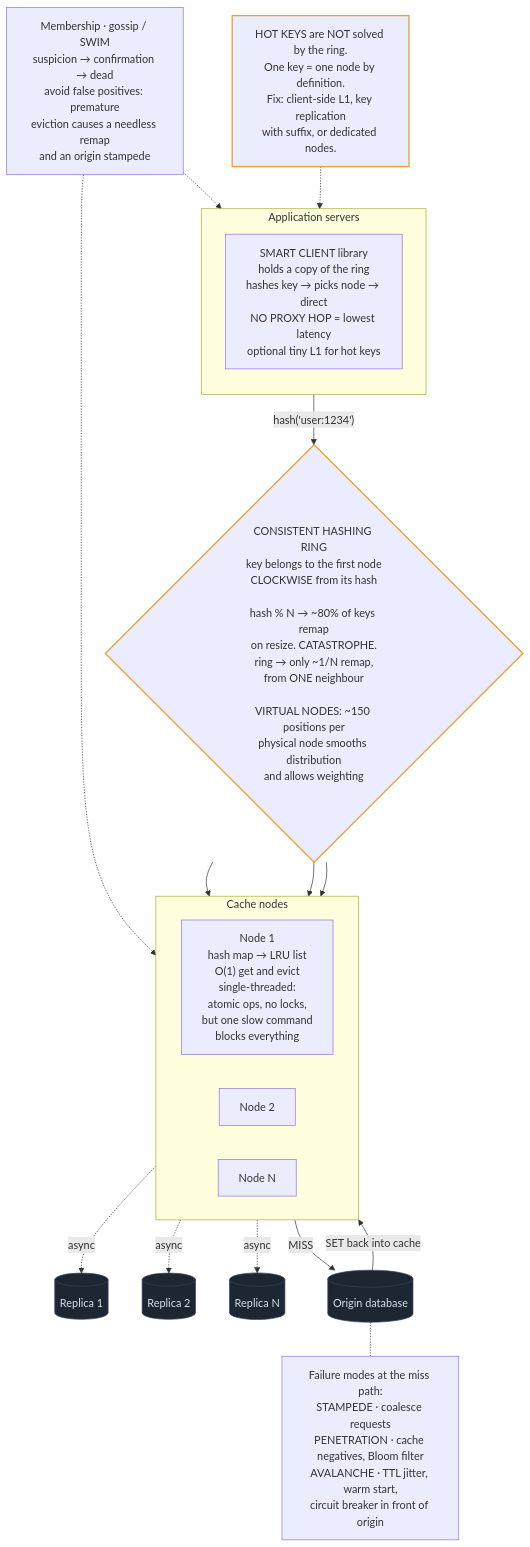
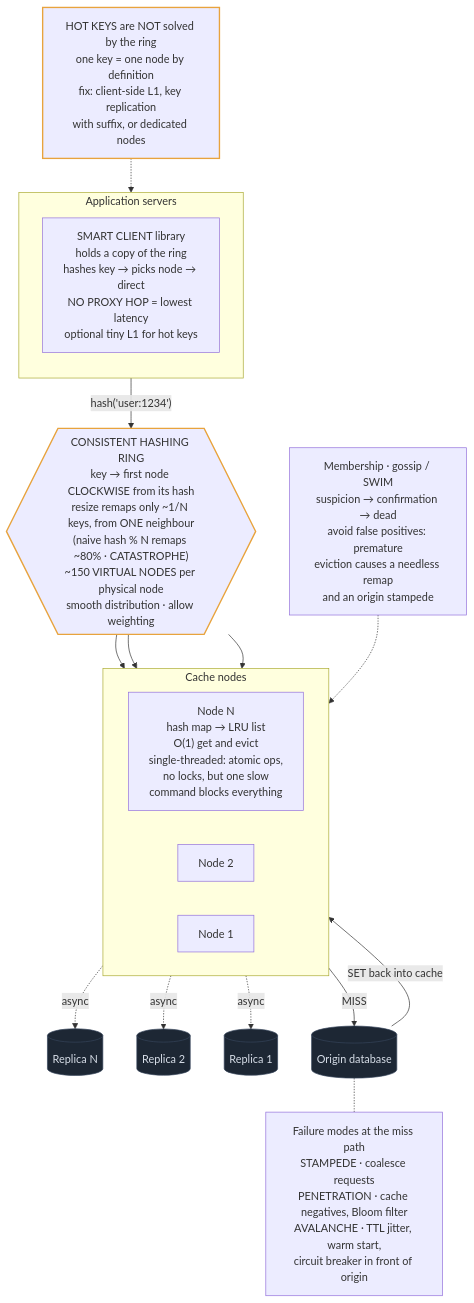
The diagram in content/designs/14-distributed-cache.md (mertkahyaoglu/atlas), drawn with Mermaid before and after one commit. The commit also changed other lines of this file and 27 other files, not shown here.

First line of the commit message:
Diagram tooltips, design frontmatter panels, clearer architecture diagrams

````diff
--- a/content/designs/14-distributed-cache.md
+++ b/content/designs/14-distributed-cache.md
@@ -74,42 +132,33 @@
 ```mermaid
 flowchart TB
     subgraph APP ["Application servers"]
         direction TB
         Client["SMART CLIENT library<br/>holds a copy of the ring<br/>hashes key → picks node → direct<br/>NO PROXY HOP = lowest latency<br/>optional tiny L1 for hot keys"]
     end
+    HotKey["HOT KEYS are NOT solved by the ring<br/>one key = one node by definition<br/>fix: client-side L1, key replication<br/>with suffix, or dedicated nodes"] -.-> Client
 
     Client -- "hash('user:1234')" --> Ring
-
-    Ring{"CONSISTENT HASHING RING<br/>key belongs to the first node<br/>CLOCKWISE from its hash<br/><br/>hash % N → ~80% of keys remap<br/>on resize. CATASTROPHE.<br/>ring → only ~1/N remap,<br/>from ONE neighbour<br/><br/>VIRTUAL NODES: ~150 positions per<br/>physical node smooths distribution<br/>and allows weighting"}
+    Ring{{"CONSISTENT HASHING RING<br/>key → first node CLOCKWISE from its hash<br/>resize remaps only ~1/N keys, from ONE neighbour<br/>(naive hash % N remaps ~80% · CATASTROPHE)<br/>~150 VIRTUAL NODES per physical node<br/>smooth distribution · allow weighting"}}
 
     subgraph NODES ["Cache nodes"]
         direction LR
-        N1["Node 1<br/>hash map → LRU list<br/>O(1) get and evict<br/>single-threaded:<br/>atomic ops, no locks,<br/>but one slow command<br/>blocks everything"]
+        N1["Node N<br/>hash map → LRU list<br/>O(1) get and evict<br/>single-threaded: atomic ops,<br/>no locks, but one slow<br/>command blocks everything"]
         N2["Node 2"]
-        N3["Node N"]
+        N3["Node 1"]
     end
+    Ring --> N3 & N2 & N1
+    Gossip["Membership · gossip / SWIM<br/>suspicion → confirmation → dead<br/>avoid false positives: premature<br/>eviction causes a needless remap<br/>and an origin stampede"] -.-> NODES
 
-    Ring --> N1
-    Ring --> N2
-    Ring --> N3
+    N1 -. "async" .-> R1[("Replica N")]
+    N2 -. "async" .-> R2[("Replica 2")]
+    N3 -. "async" .-> R3[("Replica 1")]
 
-    N1 -. "async" .-> R1[("Replica 1")]
-    N2 -. "async" .-> R2[("Replica 2")]
-    N3 -. "async" .-> R3[("Replica N")]
-
-    Gossip["Membership · gossip / SWIM<br/>suspicion → confirmation → dead<br/>avoid false positives: premature<br/>eviction causes a needless remap<br/>and an origin stampede"] -.-> NODES
-    Gossip -.-> Client
-
-    N1 -- "MISS" --> Origin
-    Origin[("Origin database")]
+    N1 -- "MISS" --> Origin[("Origin database")]
     Origin -- "SET back into cache" --> N1
-
-    Origin -.- Failures["Failure modes at the miss path:<br/>STAMPEDE · coalesce requests<br/>PENETRATION · cache negatives, Bloom filter<br/>AVALANCHE · TTL jitter, warm start,<br/>circuit breaker in front of origin"]
-
-    HotKey["HOT KEYS are NOT solved by the ring.<br/>One key = one node by definition.<br/>Fix: client-side L1, key replication<br/>with suffix, or dedicated nodes."] -.-> Client
+    Origin -.- Failures["Failure modes at the miss path<br/>STAMPEDE · coalesce requests<br/>PENETRATION · cache negatives, Bloom filter<br/>AVALANCHE · TTL jitter, warm start,<br/>circuit breaker in front of origin"]
 
     classDef store fill:#1d2734,stroke:#35455a,color:#d7dee8
     classDef hot stroke:#e8a33d,stroke-width:2px
     class R1,R2,R3,Origin store
     class Ring,HotKey hot
 ```
````
